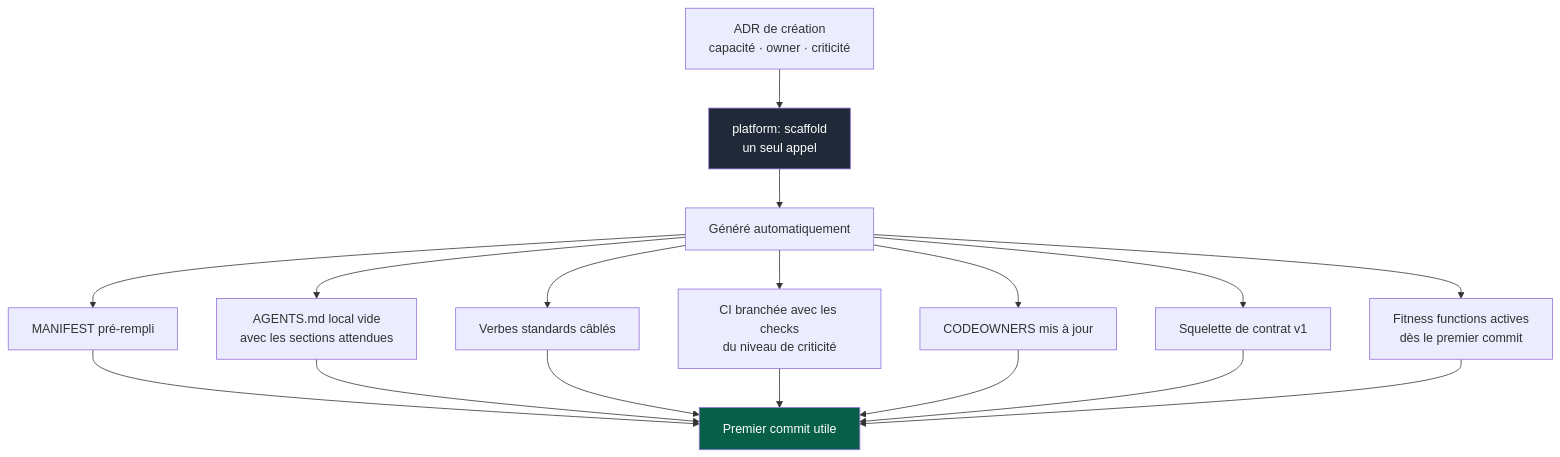
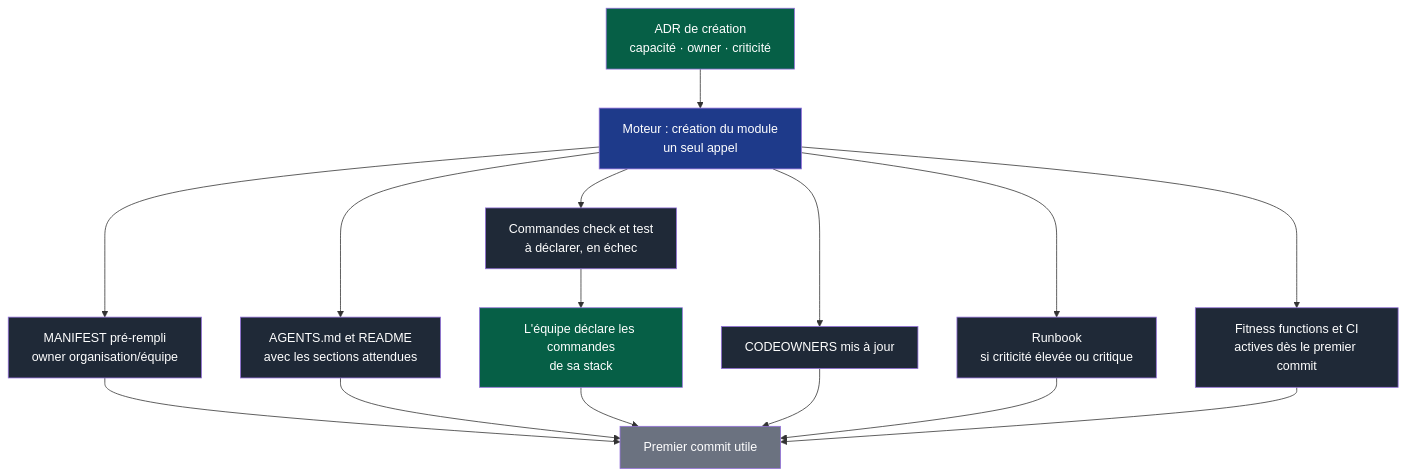
The second of 2 diagrams in skeleton/docs/os/09-plateforme.md (NapkinStack/engineering-os), drawn with Mermaid before and after one commit. The commit also changed other lines of this file and 14 other files, not shown here.

````diff
--- a/skeleton/docs/os/09-plateforme.md
+++ b/skeleton/docs/os/09-plateforme.md
@@ -117,24 +143,22 @@
 ```mermaid
 flowchart TD
-    A["ADR de création<br/>capacité · owner · criticité"] --> B["platform: scaffold<br/>un seul appel"]
-    B --> C["Généré automatiquement"]
-
-    C --> C1["MANIFEST pré-rempli"]
-    C --> C2["AGENTS.md local vide<br/>avec les sections attendues"]
-    C --> C3["Verbes standards câblés"]
-    C --> C4["CI branchée avec les checks<br/>du niveau de criticité"]
-    C --> C5["CODEOWNERS mis à jour"]
-    C --> C6["Squelette de contrat v1"]
-    C --> C7["Fitness functions actives<br/>dès le premier commit"]
-
-    C1 --> D["Premier commit utile"]
+    A["ADR de création<br/>capacité · owner · criticité"]:::humain --> B["Moteur : création du module<br/>un seul appel"]:::moteur
+    B --> C1["MANIFEST pré-rempli<br/>owner organisation/équipe"]:::genere
+    B --> C2["AGENTS.md et README<br/>avec les sections attendues"]:::genere
+    B --> C3["Commandes check et test<br/>à déclarer, en échec"]:::genere
+    B --> C4["CODEOWNERS mis à jour"]:::genere
+    B --> C5["Runbook<br/>si criticité élevée ou critique"]:::genere
+    B --> C6["Fitness functions et CI<br/>actives dès le premier commit"]:::genere
+    C3 --> E["L'équipe déclare les commandes<br/>de sa stack"]:::humain
+    C1 --> D["Premier commit utile"]:::fin
     C2 --> D
-    C3 --> D
+    E --> D
     C4 --> D
     C5 --> D
     C6 --> D
-    C7 --> D
 
-    style B fill:#1f2937,color:#fff
-    style D fill:#065f46,color:#fff
+    classDef humain fill:#065f46,color:#fff
+    classDef moteur fill:#1e3a8a,color:#fff
+    classDef genere fill:#1f2937,color:#fff
+    classDef fin fill:#6b7280,color:#fff
 ```
````
